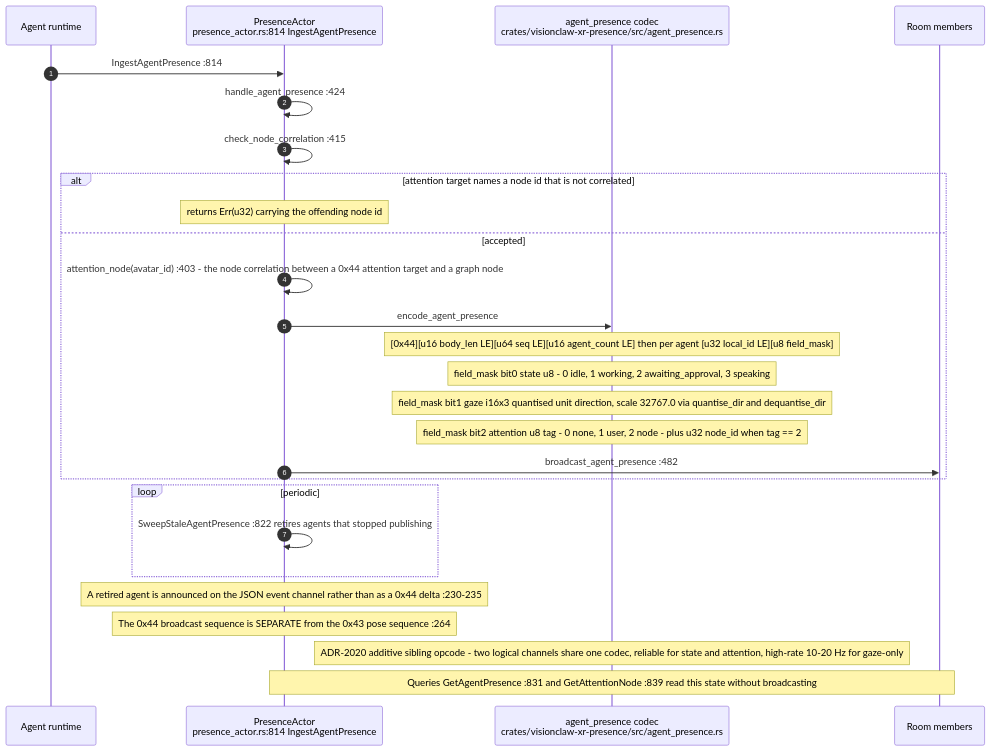
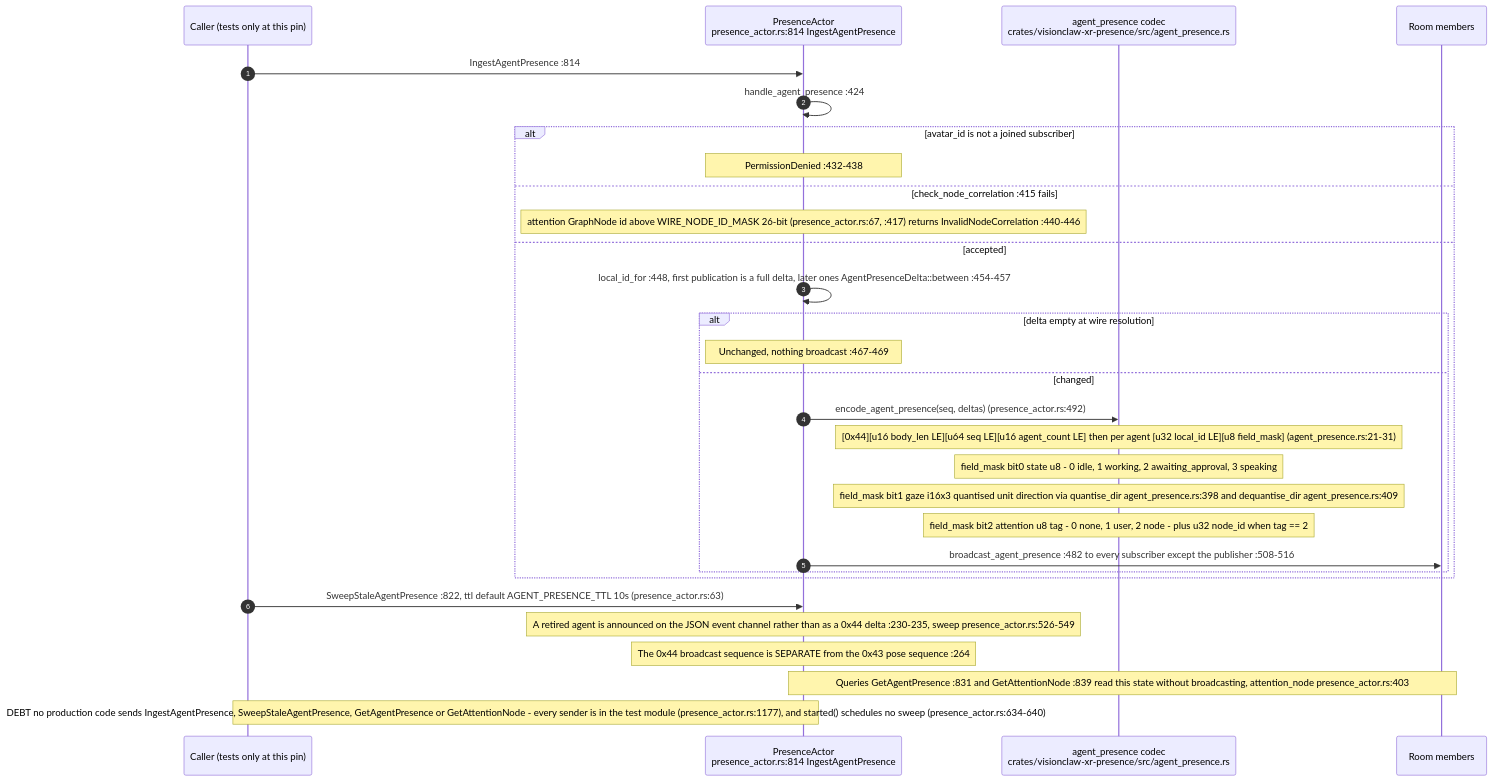
The third of 4 diagrams in docs/diagrams/visionclaw/17-xr-presence-crate.md (DreamLab-AI/VisionFlow), drawn with Mermaid before and after one commit. The commit also changed other lines of this file and 173 other files, not shown here.

````diff
--- a/docs/diagrams/visionclaw/17-xr-presence-crate.md
+++ b/docs/diagrams/visionclaw/17-xr-presence-crate.md
@@ -99,30 +106,33 @@
 ```mermaid
 sequenceDiagram
     autonumber
-    participant AG as Agent runtime
+    participant AG as Caller (tests only at this pin)
     participant PA as PresenceActor<br/>presence_actor.rs:814 IngestAgentPresence
     participant AP as agent_presence codec<br/>crates/visionclaw-xr-presence/src/agent_presence.rs
     participant PEERS as Room members
 
     AG->>PA: IngestAgentPresence :814
     PA->>PA: handle_agent_presence :424
-    PA->>PA: check_node_correlation :415
-    alt attention target names a node id that is not correlated
-        Note over PA: returns Err(u32) carrying the offending node id
+    alt avatar_id is not a joined subscriber
+        Note over PA: PermissionDenied :432-438
+    else check_node_correlation :415 fails
+        Note over PA: attention GraphNode id above WIRE_NODE_ID_MASK 26-bit (presence_actor.rs:67, :417) returns InvalidNodeCorrelation :440-446
     else accepted
-        PA->>PA: attention_node(avatar_id) :403 - the node correlation between a 0x44 attention target and a graph node
-        PA->>AP: encode_agent_presence
-        Note over AP: [0x44][u16 body_len LE][u64 seq LE][u16 agent_count LE] then per agent [u32 local_id LE][u8 field_mask]
-        Note over AP: field_mask bit0 state u8 - 0 idle, 1 working, 2 awaiting_approval, 3 speaking
-        Note over AP: field_mask bit1 gaze i16x3 quantised unit direction, scale 32767.0 via quantise_dir and dequantise_dir
-        Note over AP: field_mask bit2 attention u8 tag - 0 none, 1 user, 2 node - plus u32 node_id when tag == 2
-        PA->>PEERS: broadcast_agent_presence :482
+        PA->>PA: local_id_for :448, first publication is a full delta, later ones AgentPresenceDelta::between :454-457
+        alt delta empty at wire resolution
+            Note over PA: Unchanged, nothing broadcast :467-469
+        else changed
+            PA->>AP: encode_agent_presence(seq, deltas) (presence_actor.rs:492)
+            Note over AP: [0x44][u16 body_len LE][u64 seq LE][u16 agent_count LE] then per agent [u32 local_id LE][u8 field_mask] (agent_presence.rs:21-31)
+            Note over AP: field_mask bit0 state u8 - 0 idle, 1 working, 2 awaiting_approval, 3 speaking
+            Note over AP: field_mask bit1 gaze i16x3 quantised unit direction via quantise_dir agent_presence.rs:398 and dequantise_dir agent_presence.rs:409
+            Note over AP: field_mask bit2 attention u8 tag - 0 none, 1 user, 2 node - plus u32 node_id when tag == 2
+            PA->>PEERS: broadcast_agent_presence :482 to every subscriber except the publisher :508-516
+        end
     end
-    loop periodic
-        PA->>PA: SweepStaleAgentPresence :822 retires agents that stopped publishing
-    end
-    Note over PA: A retired agent is announced on the JSON event channel rather than as a 0x44 delta :230-235
+    AG->>PA: SweepStaleAgentPresence :822, ttl default AGENT_PRESENCE_TTL 10s (presence_actor.rs:63)
+    Note over PA: A retired agent is announced on the JSON event channel rather than as a 0x44 delta :230-235, sweep presence_actor.rs:526-549
     Note over PA: The 0x44 broadcast sequence is SEPARATE from the 0x43 pose sequence :264
-    Note over AP: ADR-2020 additive sibling opcode - two logical channels share one codec, reliable for state and attention, high-rate 10-20 Hz for gaze-only
-    Note over PA,PEERS: Queries GetAgentPresence :831 and GetAttentionNode :839 read this state without broadcasting
+    Note over PA,PEERS: Queries GetAgentPresence :831 and GetAttentionNode :839 read this state without broadcasting, attention_node presence_actor.rs:403
+    Note over AG,PA: DEBT no production code sends IngestAgentPresence, SweepStaleAgentPresence, GetAgentPresence or GetAttentionNode - every sender is in the test module (presence_actor.rs:1177), and started() schedules no sweep (presence_actor.rs:634-640)
 ```
````
